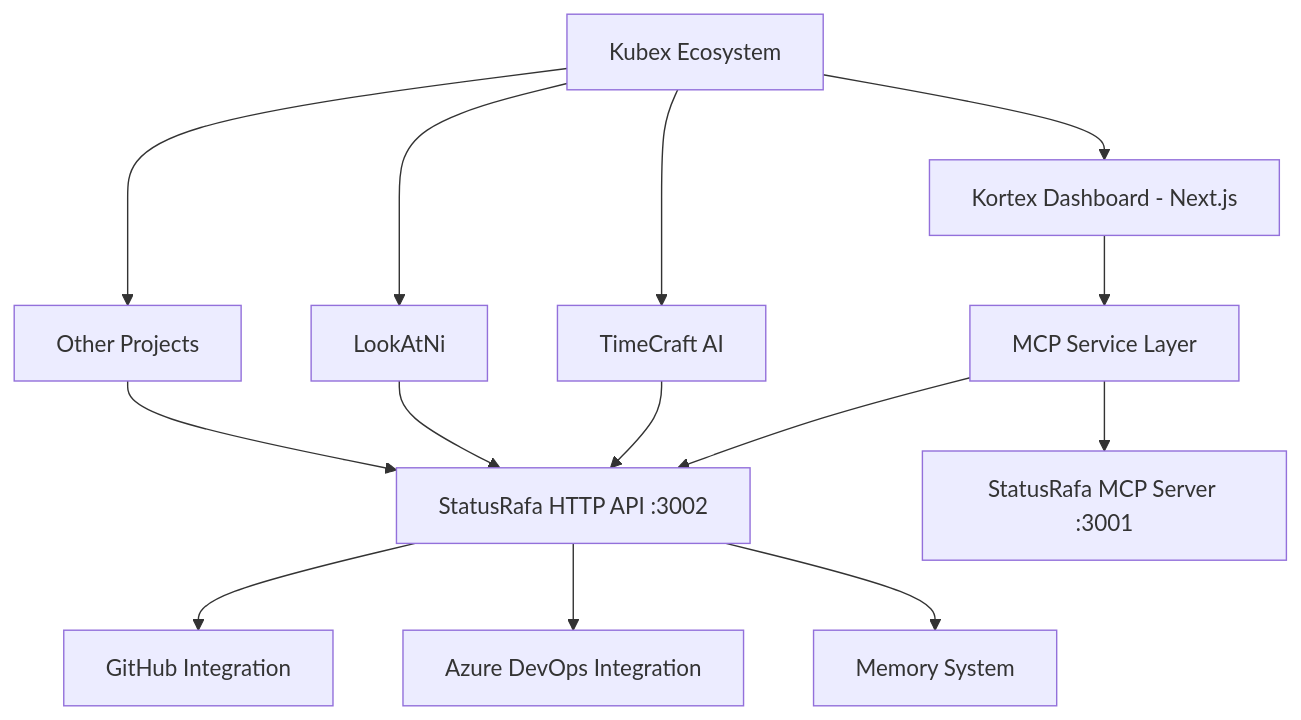
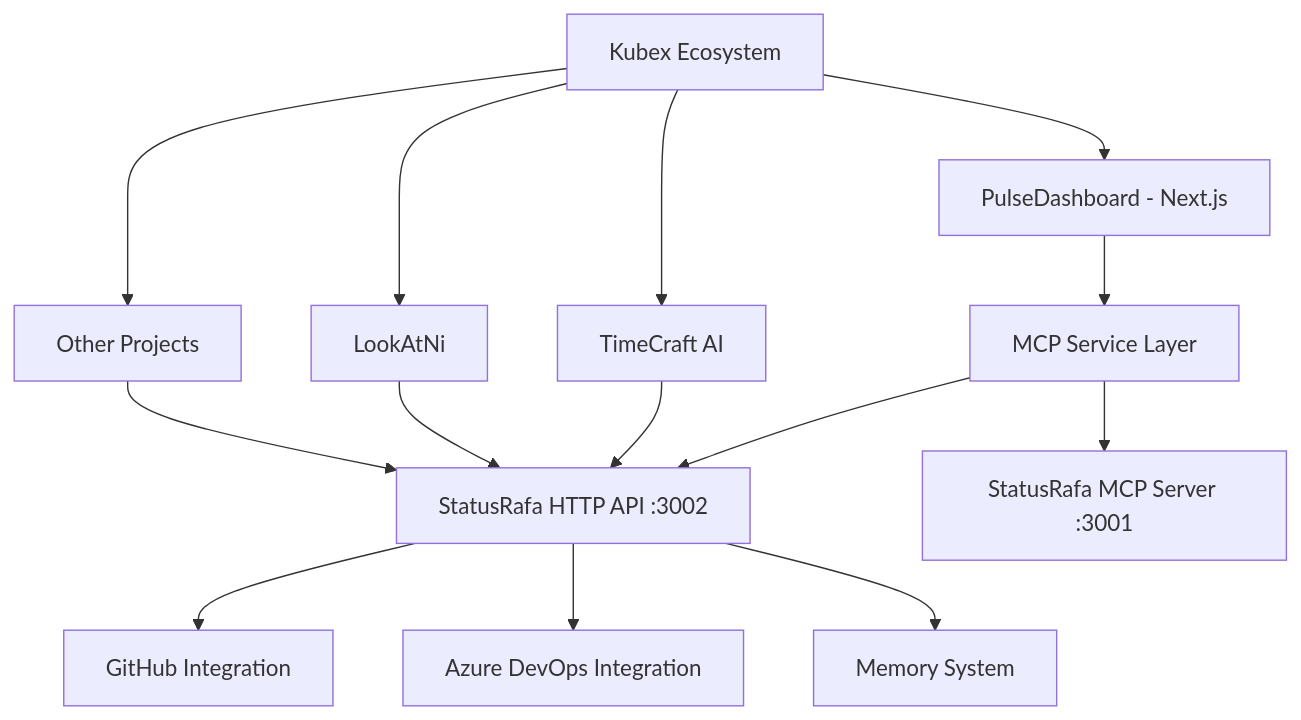
One commit to kubex-ecosystem/kortex changed the diagram in docs/history/MCP_INTEGRATION_ROADMAP.md. Above: the diagram before and after it, drawn with Mermaid. The commit also changed other lines of this file and 107 other files, not shown here.

````diff
--- a/docs/history/MCP_INTEGRATION_ROADMAP.md
+++ b/docs/history/MCP_INTEGRATION_ROADMAP.md
@@ -9,18 +9,18 @@
 ```mermaid
 graph TD
-    A[Kortex Dashboard - Next.js] --> B[MCP Service Layer]
+    A[PulseDashboard - Next.js] --> B[MCP Service Layer]
     B --> C[StatusRafa HTTP API :3002]
     B --> D[StatusRafa MCP Server :3001]
     C --> E[GitHub Integration]
-    C --> F[Azure DevOps Integration] 
+    C --> F[Azure DevOps Integration]
     C --> G[Memory System]
-    
+
     H[TimeCraft AI] --> C
     I[LookAtNi] --> C
     J[Other Projects] --> C
-    
+
     K[Kubex Ecosystem] --> A
     K --> H
     K --> I
     K --> J
 ```
````
